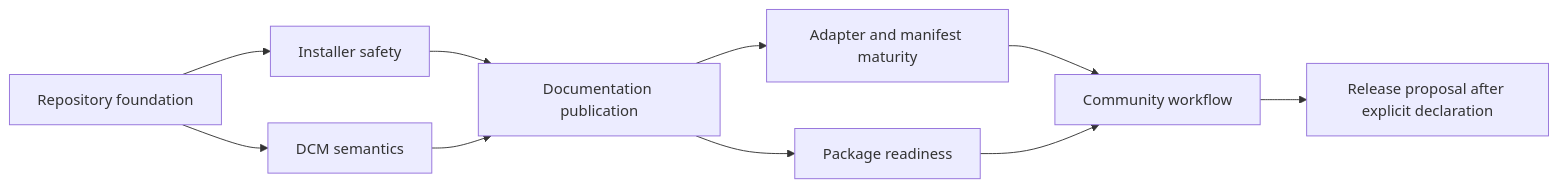
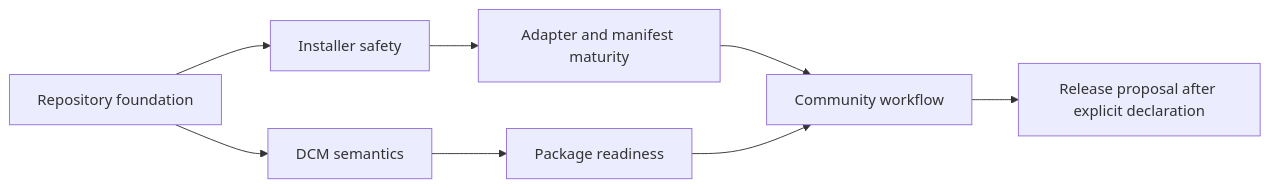
The diagram in ROADMAP.md (HELIX-Origin-Dev/agents-ecosystem), drawn with Mermaid before and after one commit. The commit also changed other lines of this file and 16 other files, not shown here.

````diff
--- a/ROADMAP.md
+++ b/ROADMAP.md
@@ -32,12 +31,10 @@
 ```mermaid
 flowchart LR
   F[Repository foundation] --> I[Installer safety]
   F --> D[DCM semantics]
-  I --> P[Documentation publication]
-  D --> P
-  P --> A[Adapter and manifest maturity]
-  P --> K[Package readiness]
+  I --> A[Adapter and manifest maturity]
+  D --> K[Package readiness]
   A --> C[Community workflow]
   K --> C
   C --> R[Release proposal after explicit declaration]
 ```
````
